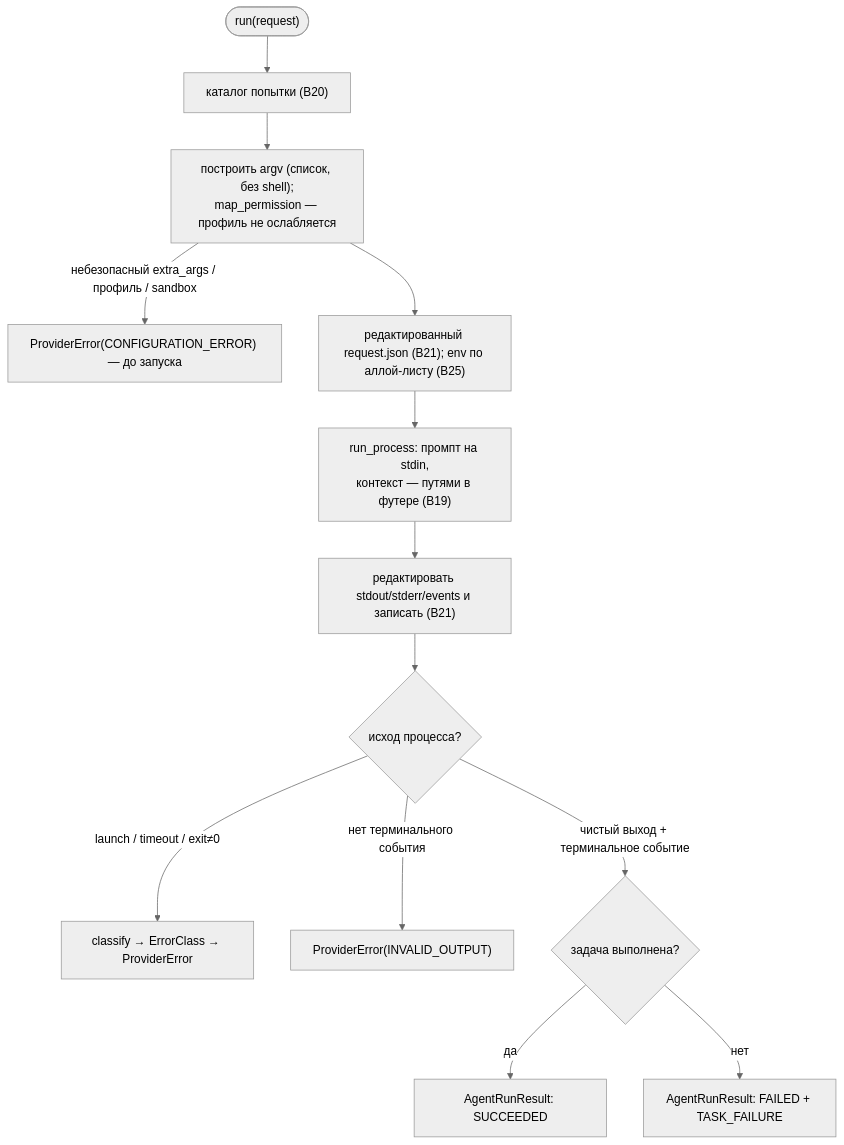
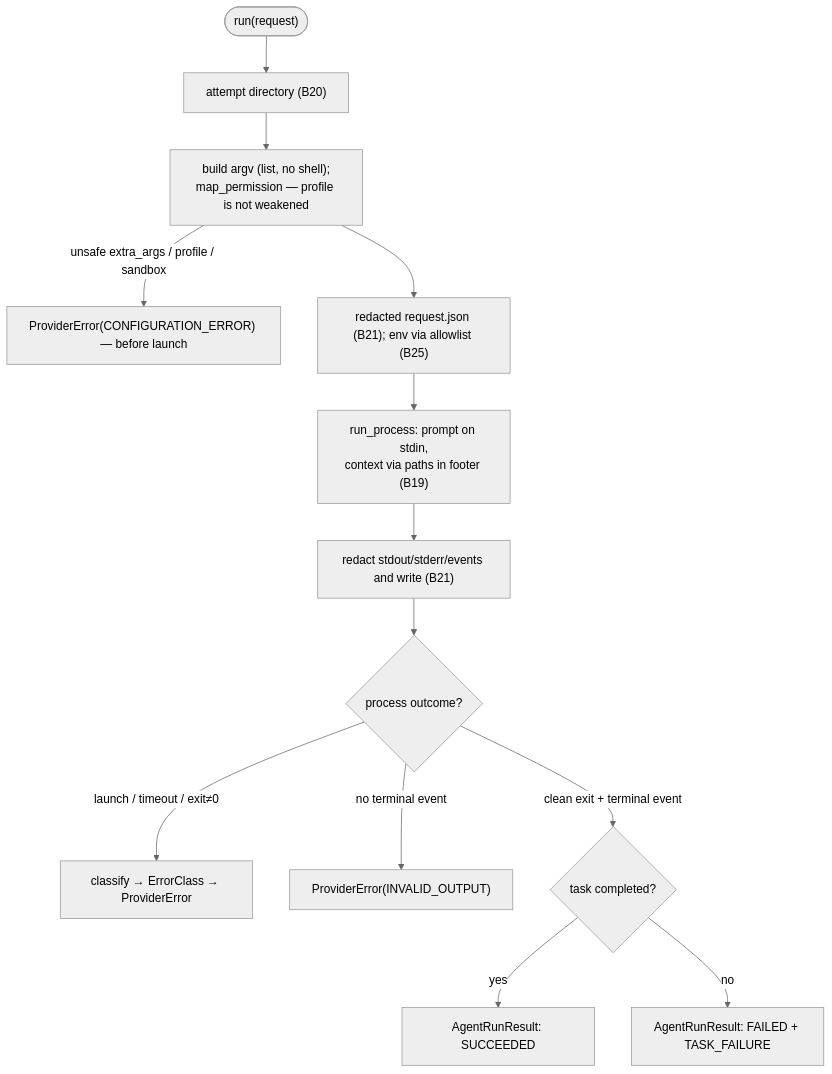
Before and after one commit to VladimirMakarevich/wastech-orchestrator: the diagram in docs/functional/blocks/B18-agent-providers.md, drawn with Mermaid (neutral theme). The commit also changed other lines of this file and 41 other files, not shown here.

Commit message:
docs: translate system flows documentation from Russian to English, ensuring clarity and consistency in terminology. Update sequence diagrams and flowcharts to reflect the changes in language. Maintain the structure and references to blocks for ease of navigation.

````diff
--- a/docs/functional/blocks/B18-agent-providers.md
+++ b/docs/functional/blocks/B18-agent-providers.md
@@ -53,15 +53,15 @@
 ```mermaid
 flowchart TB
-    start(["run(request)"]) --> dir["каталог попытки (B20)"]
-    dir --> argv["построить argv (список, без shell);<br/>map_permission — профиль не ослабляется"]
-    argv -->|"небезопасный extra_args / профиль / sandbox"| cfg["ProviderError(CONFIGURATION_ERROR) — до запуска"]
-    argv --> req["редактированный request.json (B21); env по аллой-листу (B25)"]
-    req --> proc["run_process: промпт на stdin,<br/>контекст — путями в футере (B19)"]
-    proc --> redact["редактировать stdout/stderr/events и записать (B21)"]
-    redact --> outcome{"исход процесса?"}
+    start(["run(request)"]) --> dir["attempt directory (B20)"]
+    dir --> argv["build argv (list, no shell);<br/>map_permission — profile is not weakened"]
+    argv -->|"unsafe extra_args / profile / sandbox"| cfg["ProviderError(CONFIGURATION_ERROR) — before launch"]
+    argv --> req["redacted request.json (B21); env via allowlist (B25)"]
+    req --> proc["run_process: prompt on stdin,<br/>context via paths in footer (B19)"]
+    proc --> redact["redact stdout/stderr/events and write (B21)"]
+    redact --> outcome{"process outcome?"}
     outcome -->|"launch / timeout / exit≠0"| cls["classify → ErrorClass → ProviderError"]
-    outcome -->|"нет терминального события"| inv["ProviderError(INVALID_OUTPUT)"]
-    outcome -->|"чистый выход + терминальное событие"| parse{"задача выполнена?"}
-    parse -->|да| ok["AgentRunResult: SUCCEEDED"]
-    parse -->|нет| fail["AgentRunResult: FAILED + TASK_FAILURE"]
+    outcome -->|"no terminal event"| inv["ProviderError(INVALID_OUTPUT)"]
+    outcome -->|"clean exit + terminal event"| parse{"task completed?"}
+    parse -->|yes| ok["AgentRunResult: SUCCEEDED"]
+    parse -->|no| fail["AgentRunResult: FAILED + TASK_FAILURE"]
 ```
````
